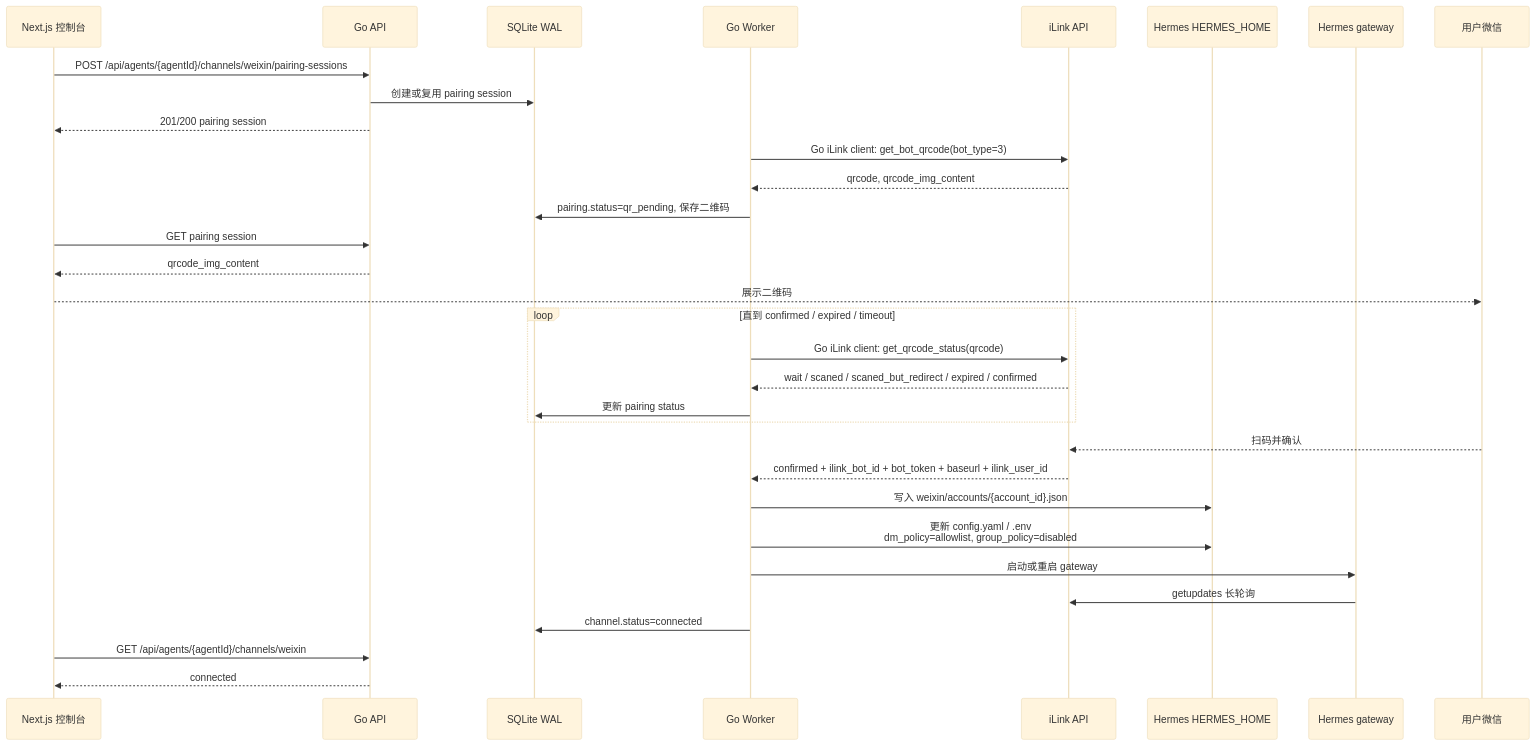
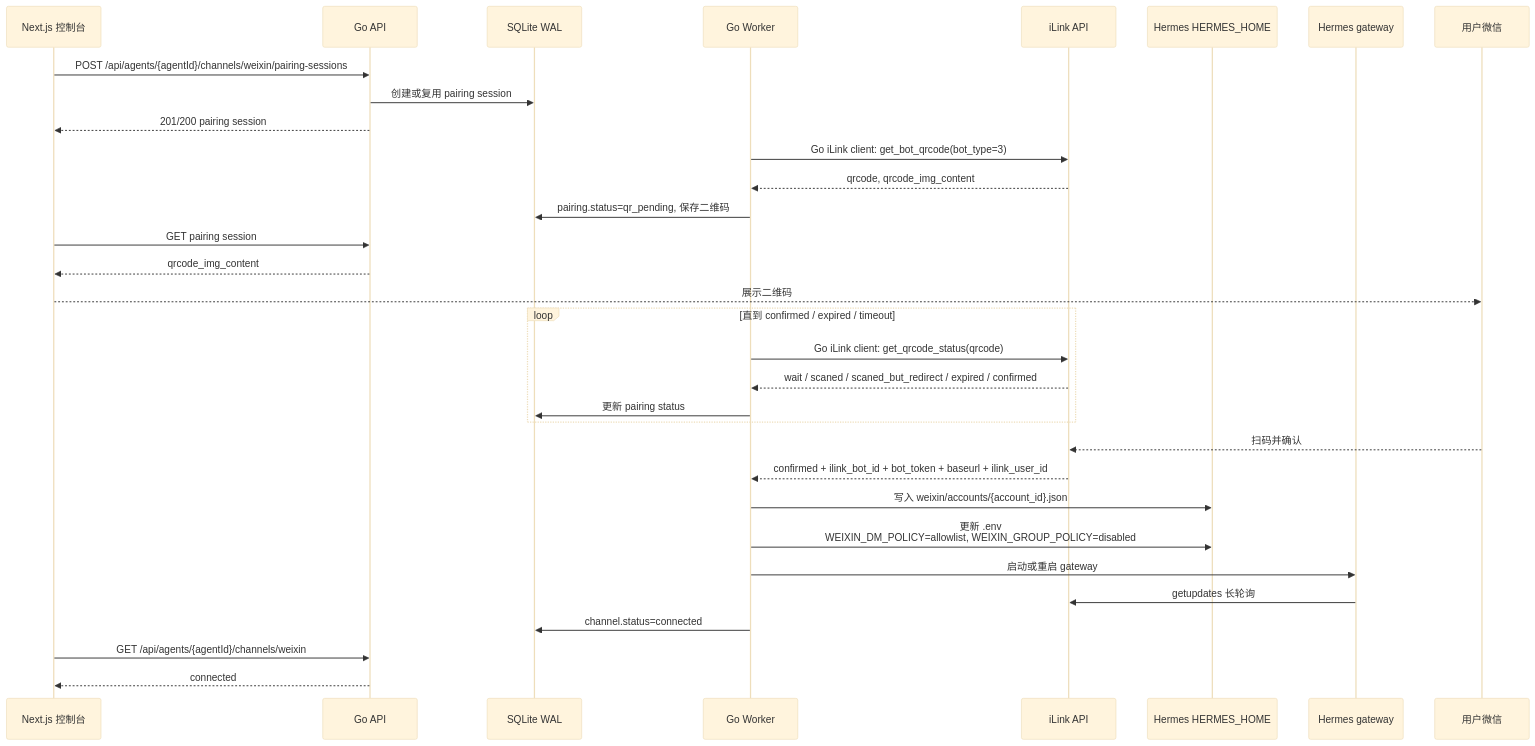
Before and after one commit to tenqaz/agentForge: the second of 3 diagrams in docs/superpowers/specs/2026-06-12-agentforge-mvp-design.md, drawn with Mermaid (base theme). The commit also changed other lines of this file, not shown here.

````diff
--- a/docs/superpowers/specs/2026-06-12-agentforge-mvp-design.md
+++ b/docs/superpowers/specs/2026-06-12-agentforge-mvp-design.md
@@ -505,35 +528,35 @@
 ```mermaid
 sequenceDiagram
     participant UI as Next.js 控制台
     participant API as Go API
     participant DB as SQLite WAL
     participant W as Go Worker
     participant IX as iLink API
     participant H as Hermes HERMES_HOME
     participant G as Hermes gateway
     participant WX as 用户微信
 
     UI->>API: POST /api/agents/{agentId}/channels/weixin/pairing-sessions
     API->>DB: 创建或复用 pairing session
     API-->>UI: 201/200 pairing session
     W->>IX: Go iLink client: get_bot_qrcode(bot_type=3)
     IX-->>W: qrcode, qrcode_img_content
     W->>DB: pairing.status=qr_pending, 保存二维码
     UI->>API: GET pairing session
     API-->>UI: qrcode_img_content
     UI-->>WX: 展示二维码
     loop 直到 confirmed / expired / timeout
         W->>IX: Go iLink client: get_qrcode_status(qrcode)
         IX-->>W: wait / scaned / scaned_but_redirect / expired / confirmed
         W->>DB: 更新 pairing status
     end
     WX-->>IX: 扫码并确认
     IX-->>W: confirmed + ilink_bot_id + bot_token + baseurl + ilink_user_id
     W->>H: 写入 weixin/accounts/{account_id}.json
-    W->>H: 更新 config.yaml / .env<br/>dm_policy=allowlist, group_policy=disabled
+    W->>H: 更新 .env<br/>WEIXIN_DM_POLICY=allowlist, WEIXIN_GROUP_POLICY=disabled
     W->>G: 启动或重启 gateway
     G->>IX: getupdates 长轮询
     W->>DB: channel.status=connected
     UI->>API: GET /api/agents/{agentId}/channels/weixin
     API-->>UI: connected
 ```
````
